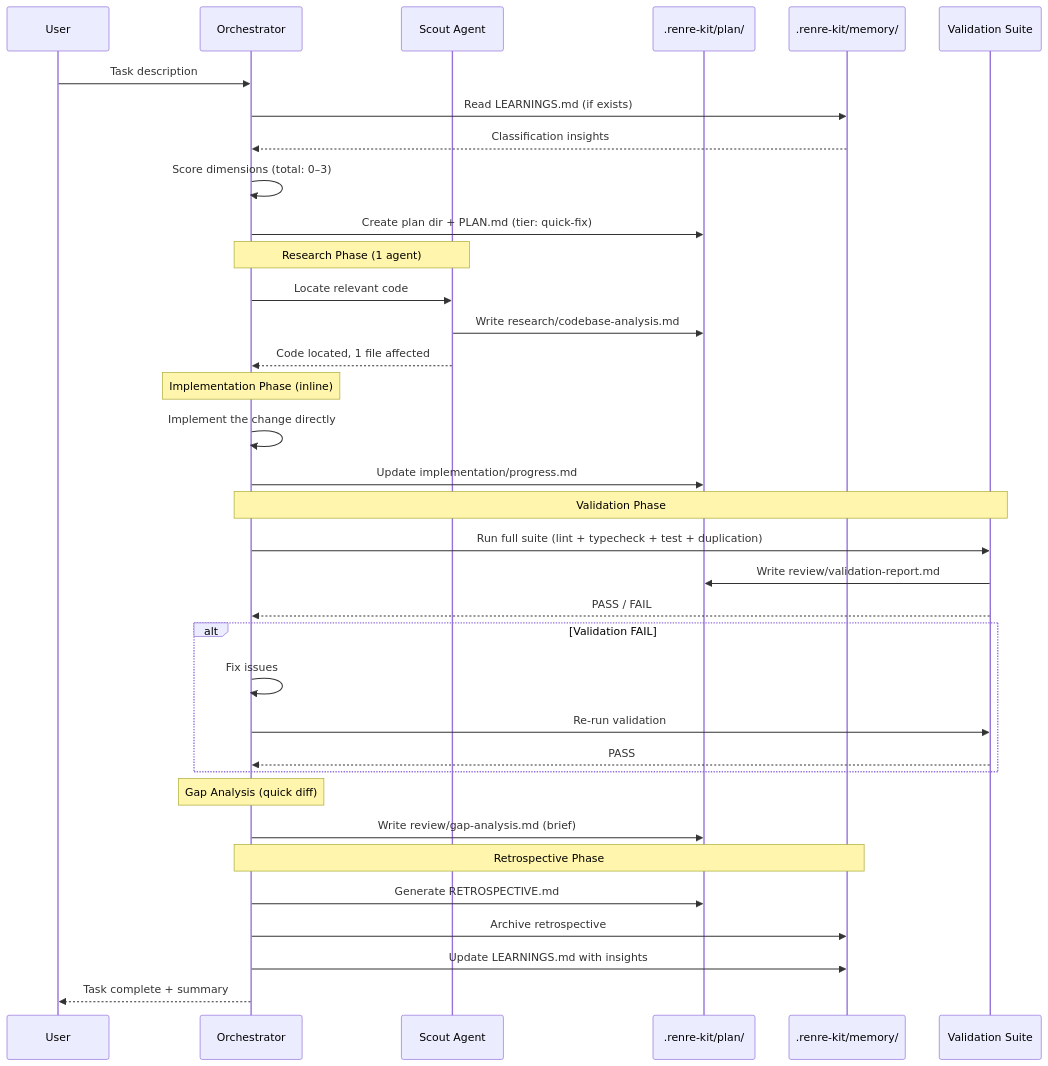
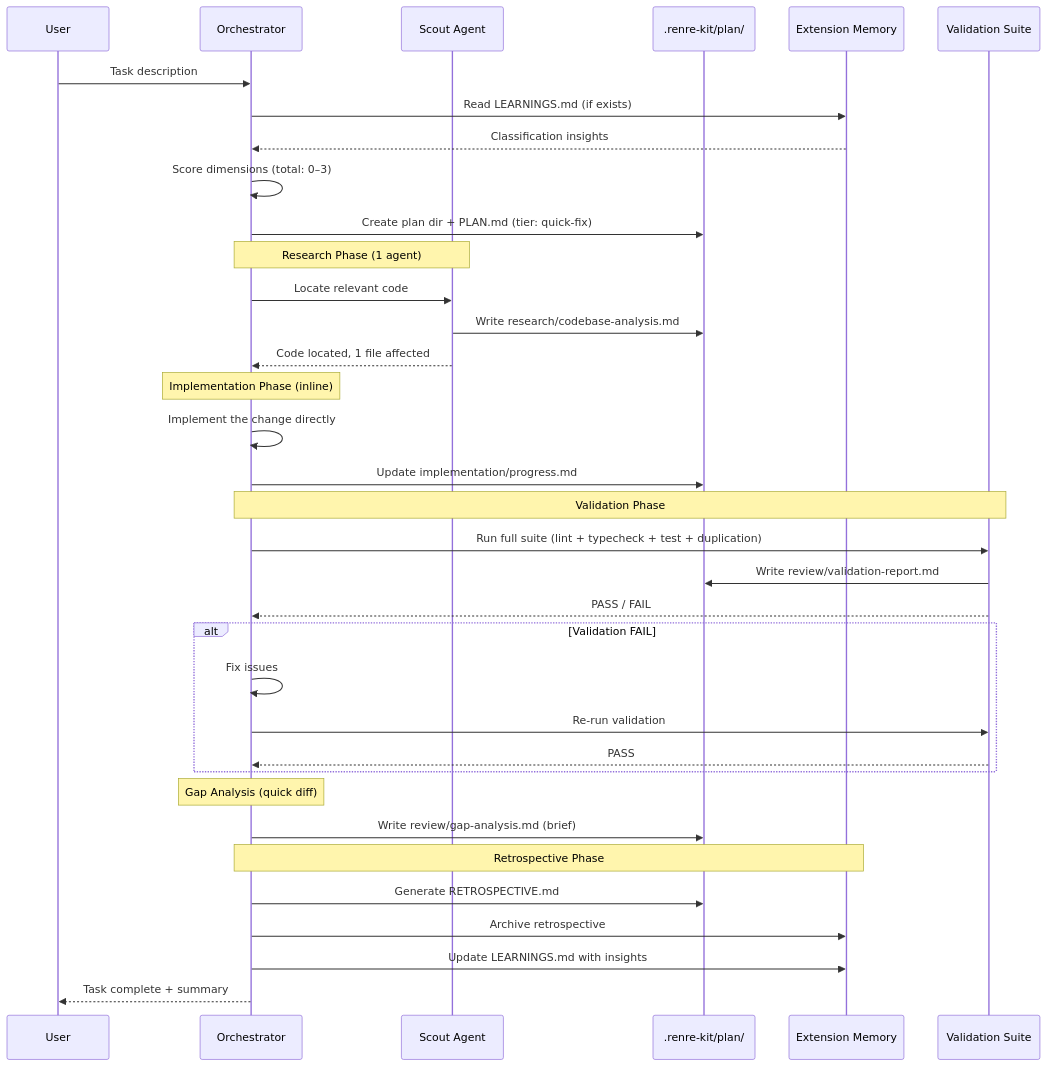
One commit to eskarlat/rex changed the first of 6 diagrams in renre-kit-architecture/diagrams/developer-workflow-seq.md. Above: the diagram before and after it, drawn with Mermaid. The commit also changed other lines of this file and 2 other files, not shown here.

First line of the commit message:
docs: namespace memory paths under extension storage

````diff
--- a/renre-kit-architecture/diagrams/developer-workflow-seq.md
+++ b/renre-kit-architecture/diagrams/developer-workflow-seq.md
@@ -13,44 +13,44 @@
 ```mermaid
 sequenceDiagram
     participant U as User
     participant O as Orchestrator
     participant S as Scout Agent
     participant FS as .renre-kit/plan/
-    participant M as .renre-kit/memory/
+    participant M as Extension Memory
     participant V as Validation Suite
 
     U->>O: Task description
     O->>M: Read LEARNINGS.md (if exists)
     M-->>O: Classification insights
     O->>O: Score dimensions (total: 0–3)
     O->>FS: Create plan dir + PLAN.md (tier: quick-fix)
 
     Note over O,S: Research Phase (1 agent)
     O->>S: Locate relevant code
     S->>FS: Write research/codebase-analysis.md
     S-->>O: Code located, 1 file affected
 
     Note over O: Implementation Phase (inline)
     O->>O: Implement the change directly
     O->>FS: Update implementation/progress.md
 
     Note over O,V: Validation Phase
     O->>V: Run full suite (lint + typecheck + test + duplication)
     V->>FS: Write review/validation-report.md
     V-->>O: PASS / FAIL
 
     alt Validation FAIL
         O->>O: Fix issues
         O->>V: Re-run validation
         V-->>O: PASS
     end
 
     Note over O: Gap Analysis (quick diff)
     O->>FS: Write review/gap-analysis.md (brief)
 
     Note over O,M: Retrospective Phase
     O->>FS: Generate RETROSPECTIVE.md
     O->>M: Archive retrospective
     O->>M: Update LEARNINGS.md with insights
     O-->>U: Task complete + summary
 ```
````
